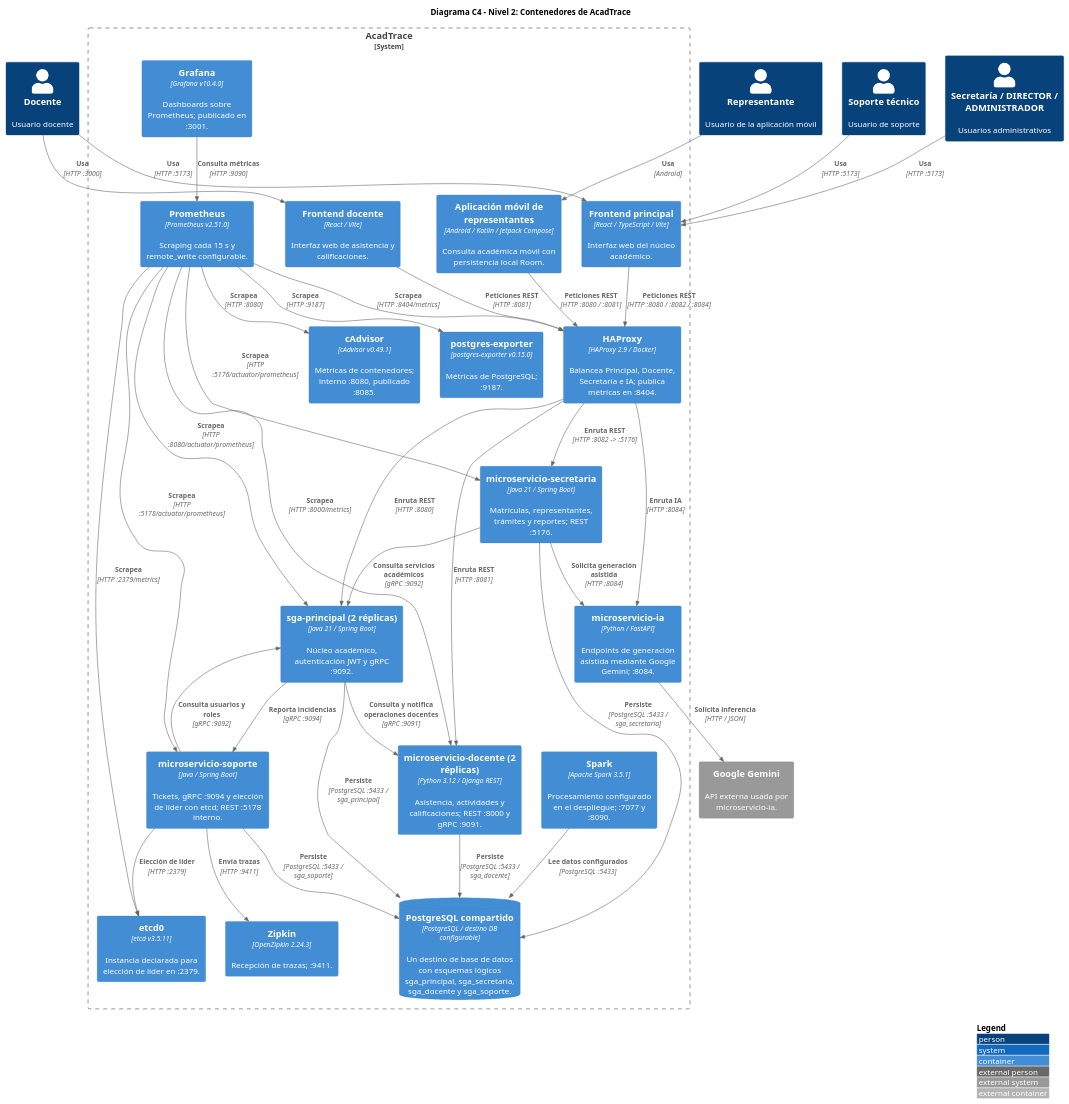
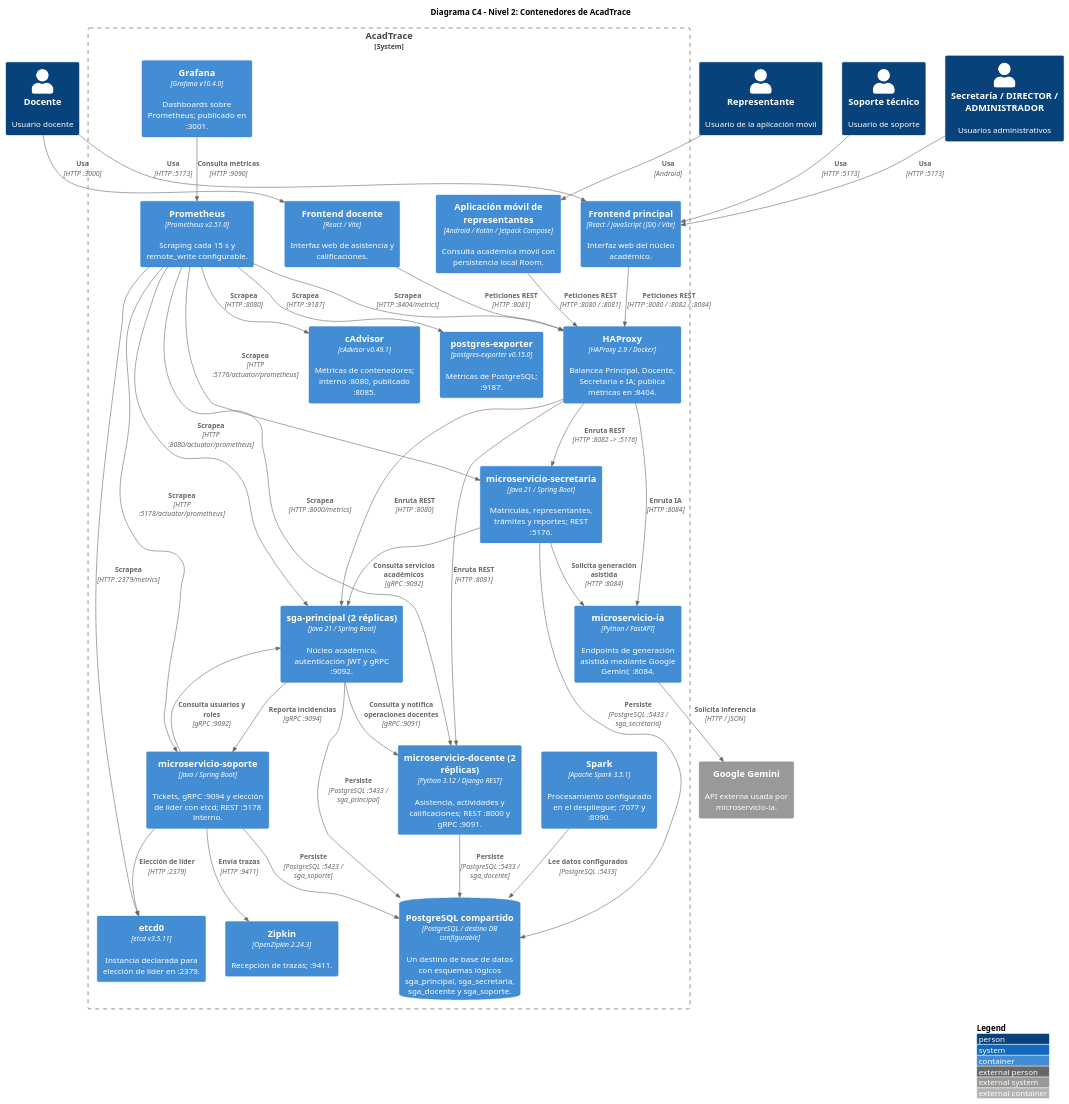
The diagram in docs/diagrams/c4_nivel2_contenedores.puml (gleiston-guerrero/acadtrace), drawn with PlantUML before and after one commit. The commit also changed 3 other files, not shown here.

Commit message:
docs(c4): corregir tecnologia del frontend principal

```diff
--- a/docs/diagrams/c4_nivel2_contenedores.puml
+++ b/docs/diagrams/c4_nivel2_contenedores.puml
@@ -1,75 +1,75 @@
 @startuml C4_Nivel2_Contenedores
 !include https://raw.githubusercontent.com/plantuml-stdlib/C4-PlantUML/v2.12.0/C4_Container.puml
 
 LAYOUT_WITH_LEGEND()
 title Diagrama C4 - Nivel 2: Contenedores de AcadTrace
 
 Person(docente, "Docente", "Usuario docente")
 Person(representante, "Representante", "Usuario de la aplicación móvil")
 Person(administrativo, "Secretaría / DIRECTOR / ADMINISTRADOR", "Usuarios administrativos")
 Person(soporte_usuario, "Soporte técnico", "Usuario de soporte")
 
 System_Boundary(acadtrace, "AcadTrace") {
     Container(app_movil, "Aplicación móvil de representantes", "Android / Kotlin / Jetpack Compose", "Consulta académica móvil con persistencia local Room.")
-    Container(web_principal, "Frontend principal", "React / TypeScript / Vite", "Interfaz web del núcleo académico.")
+    Container(web_principal, "Frontend principal", "React / JavaScript (JSX) / Vite", "Interfaz web del núcleo académico.")
     Container(web_docente, "Frontend docente", "React / Vite", "Interfaz web de asistencia y calificaciones.")
     Container(haproxy, "HAProxy", "HAProxy 2.9 / Docker", "Balancea Principal, Docente, Secretaría e IA; publica métricas en :8404.")
 
     Container(sga_principal, "sga-principal (2 réplicas)", "Java 21 / Spring Boot", "Núcleo académico, autenticación JWT y gRPC :9092.")
     Container(ms_docente, "microservicio-docente (2 réplicas)", "Python 3.12 / Django REST", "Asistencia, actividades y calificaciones; REST :8000 y gRPC :9091.")
     Container(ms_secretaria, "microservicio-secretaria", "Java 21 / Spring Boot", "Matrículas, representantes, trámites y reportes; REST :5176.")
     Container(ms_soporte, "microservicio-soporte", "Java / Spring Boot", "Tickets, gRPC :9094 y elección de líder con etcd; REST :5178 interno.")
     Container(ms_ia, "microservicio-ia", "Python / FastAPI", "Endpoints de generación asistida mediante Google Gemini; :8084.")
 
     ContainerDb(postgres, "PostgreSQL compartido", "PostgreSQL / destino DB configurable", "Un destino de base de datos con esquemas lógicos sga_principal, sga_secretaria, sga_docente y sga_soporte.")
     Container(etcd, "etcd0", "etcd v3.5.11", "Instancia declarada para elección de líder en :2379.")
     Container(prometheus, "Prometheus", "Prometheus v2.51.0", "Scraping cada 15 s y remote_write configurable.")
     Container(grafana, "Grafana", "Grafana v10.4.0", "Dashboards sobre Prometheus; publicado en :3001.")
     Container(cadvisor, "cAdvisor", "cAdvisor v0.49.1", "Métricas de contenedores; interno :8080, publicado :8085.")
     Container(postgres_exporter, "postgres-exporter", "postgres-exporter v0.15.0", "Métricas de PostgreSQL; :9187.")
     Container(zipkin, "Zipkin", "OpenZipkin 2.24.3", "Recepción de trazas; :9411.")
     Container(spark, "Spark", "Apache Spark 3.5.1", "Procesamiento configurado en el despliegue; :7077 y :8090.")
 }
 
 System_Ext(gemini, "Google Gemini", "API externa usada por microservicio-ia.")
 
 Rel(docente, web_principal, "Usa", "HTTP :5173")
 Rel(docente, web_docente, "Usa", "HTTP :3000")
 Rel(representante, app_movil, "Usa", "Android")
 Rel(administrativo, web_principal, "Usa", "HTTP :5173")
 Rel(soporte_usuario, web_principal, "Usa", "HTTP :5173")
 
 Rel(app_movil, haproxy, "Peticiones REST", "HTTP :8080 / :8081")
 Rel(web_principal, haproxy, "Peticiones REST", "HTTP :8080 / :8082 / :8084")
 Rel(web_docente, haproxy, "Peticiones REST", "HTTP :8081")
 
 Rel(haproxy, sga_principal, "Enruta REST", "HTTP :8080")
 Rel(haproxy, ms_docente, "Enruta REST", "HTTP :8081")
 Rel(haproxy, ms_secretaria, "Enruta REST", "HTTP :8082 -> :5176")
 Rel(haproxy, ms_ia, "Enruta IA", "HTTP :8084")
 Rel(ms_soporte, sga_principal, "Consulta usuarios y roles", "gRPC :9092")
 Rel(sga_principal, ms_docente, "Consulta y notifica operaciones docentes", "gRPC :9091")
 Rel(sga_principal, ms_soporte, "Reporta incidencias", "gRPC :9094")
 Rel(ms_secretaria, sga_principal, "Consulta servicios académicos", "gRPC :9092")
 Rel(ms_secretaria, ms_ia, "Solicita generación asistida", "HTTP :8084")
 Rel(ms_ia, gemini, "Solicita inferencia", "HTTP / JSON")
 
 Rel(sga_principal, postgres, "Persiste", "PostgreSQL :5433 / sga_principal")
 Rel(ms_secretaria, postgres, "Persiste", "PostgreSQL :5433 / sga_secretaria")
 Rel(ms_docente, postgres, "Persiste", "PostgreSQL :5433 / sga_docente")
 Rel(ms_soporte, postgres, "Persiste", "PostgreSQL :5433 / sga_soporte")
 Rel(ms_soporte, etcd, "Elección de líder", "HTTP :2379")
 
 Rel(prometheus, sga_principal, "Scrapea", "HTTP :8080/actuator/prometheus")
 Rel(prometheus, ms_docente, "Scrapea", "HTTP :8000/metrics")
 Rel(prometheus, ms_secretaria, "Scrapea", "HTTP :5176/actuator/prometheus")
 Rel(prometheus, ms_soporte, "Scrapea", "HTTP :5178/actuator/prometheus")
 Rel(prometheus, haproxy, "Scrapea", "HTTP :8404/metrics")
 Rel(prometheus, etcd, "Scrapea", "HTTP :2379/metrics")
 Rel(prometheus, cadvisor, "Scrapea", "HTTP :8080")
 Rel(prometheus, postgres_exporter, "Scrapea", "HTTP :9187")
 Rel(grafana, prometheus, "Consulta métricas", "HTTP :9090")
 Rel(ms_soporte, zipkin, "Envía trazas", "HTTP :9411")
 Rel(spark, postgres, "Lee datos configurados", "PostgreSQL :5433")
 
 @enduml
```
